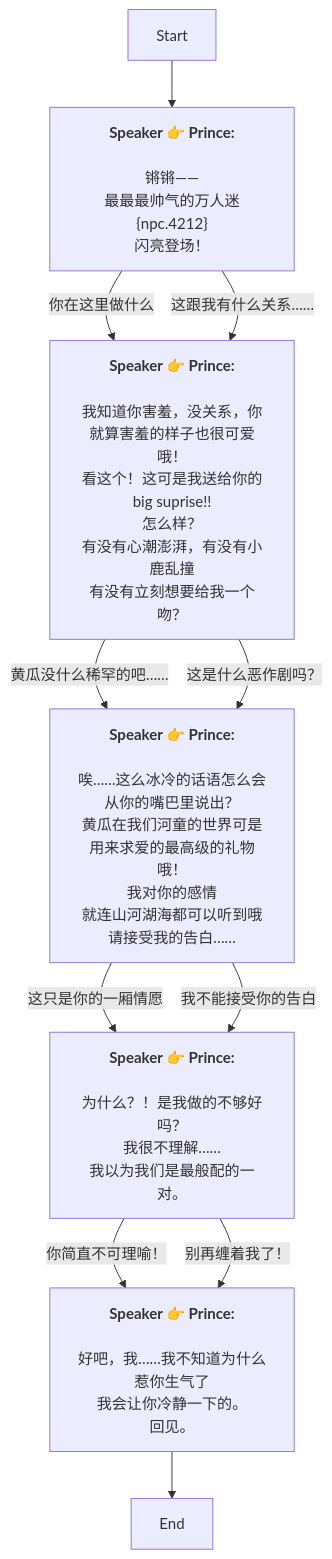
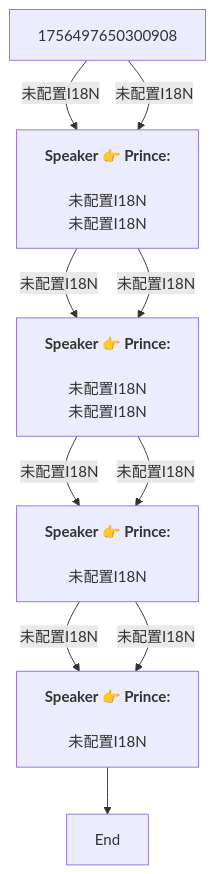
The diagram in Zh/QuestStartTalkENode_1756497436644329.md (SoftHu/tos_avg), drawn with Mermaid before and after one commit. The commit also changed 780 other files, not shown here.

````diff
--- a/Zh/QuestStartTalkENode_1756497436644329.md
+++ b/Zh/QuestStartTalkENode_1756497436644329.md
@@ -1,45 +1,21 @@
 ```mermaid
 graph
-Start -->1756497650300908[<b>Speaker 👉 Prince:</b>
-\n锵锵——
-最最最帅气的万人迷&lbrace;npc.4212&rbrace;
-闪亮登场！]
-1756497650300908 -->|你在这里做什么|1756498992332793[<b>Speaker 👉 Prince:</b>
-\n我知道你害羞，没关系，你就算害羞的样子也很可爱哦！
-看这个！这可是我送给你的big suprise!!\n怎么样？
-有没有心潮澎湃，有没有小鹿乱撞
-有没有立刻想要给我一个吻？]
-1756497650300908 -->|这跟我有什么关系……|1756498992332793[<b>Speaker 👉 Prince:</b>
-\n我知道你害羞，没关系，你就算害羞的样子也很可爱哦！
-看这个！这可是我送给你的big suprise!!\n怎么样？
-有没有心潮澎湃，有没有小鹿乱撞
-有没有立刻想要给我一个吻？]
-1756498992332793 -->|黄瓜没什么稀罕的吧……|1756504511335426[<b>Speaker 👉 Prince:</b>
-\n唉……这么冰冷的话语怎么会从你的嘴巴里说出？
-黄瓜在我们河童的世界可是用来求爱的最高级的礼物哦！\n我对你的感情
-就连山河湖海都可以听到哦
-请接受我的告白……]
-1756498992332793 -->|这是什么恶作剧吗？|1756504511335426[<b>Speaker 👉 Prince:</b>
-\n唉……这么冰冷的话语怎么会从你的嘴巴里说出？
-黄瓜在我们河童的世界可是用来求爱的最高级的礼物哦！\n我对你的感情
-就连山河湖海都可以听到哦
-请接受我的告白……]
-1756504511335426 -->|这只是你的一厢情愿|1756505809446922[<b>Speaker 👉 Prince:</b>
-\n为什么？！是我做的不够好吗？
-我很不理解……
-我以为我们是最般配的一对。]
-1756504511335426 -->|我不能接受你的告白|1756505809446922[<b>Speaker 👉 Prince:</b>
-\n为什么？！是我做的不够好吗？
-我很不理解……
-我以为我们是最般配的一对。]
-1756505809446922 -->|你简直不可理喻！|1756506273310736[<b>Speaker 👉 Prince:</b>
-\n好吧，我……我不知道为什么惹你生气了
-我会让你冷静一下的。
-回见。]
-1756505809446922 -->|别再缠着我了！|1756506273310736[<b>Speaker 👉 Prince:</b>
-\n好吧，我……我不知道为什么惹你生气了
-我会让你冷静一下的。
-回见。]
+1756497650300908 -->|未配置I18N|1756498992332793[<b>Speaker 👉 Prince:</b>
+\n未配置I18N\n未配置I18N]
+1756497650300908 -->|未配置I18N|1756498992332793[<b>Speaker 👉 Prince:</b>
+\n未配置I18N\n未配置I18N]
+1756498992332793 -->|未配置I18N|1756504511335426[<b>Speaker 👉 Prince:</b>
+\n未配置I18N\n未配置I18N]
+1756498992332793 -->|未配置I18N|1756504511335426[<b>Speaker 👉 Prince:</b>
+\n未配置I18N\n未配置I18N]
+1756504511335426 -->|未配置I18N|1756505809446922[<b>Speaker 👉 Prince:</b>
+\n未配置I18N]
+1756504511335426 -->|未配置I18N|1756505809446922[<b>Speaker 👉 Prince:</b>
+\n未配置I18N]
+1756505809446922 -->|未配置I18N|1756506273310736[<b>Speaker 👉 Prince:</b>
+\n未配置I18N]
+1756505809446922 -->|未配置I18N|1756506273310736[<b>Speaker 👉 Prince:</b>
+\n未配置I18N]
 1756506273310736 -->1756506300503057[End]
 
 ```
````
